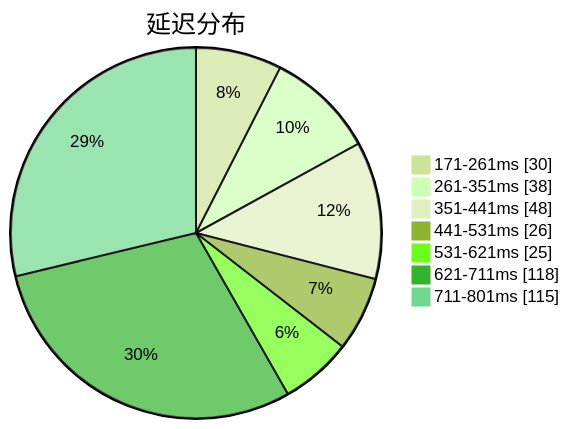
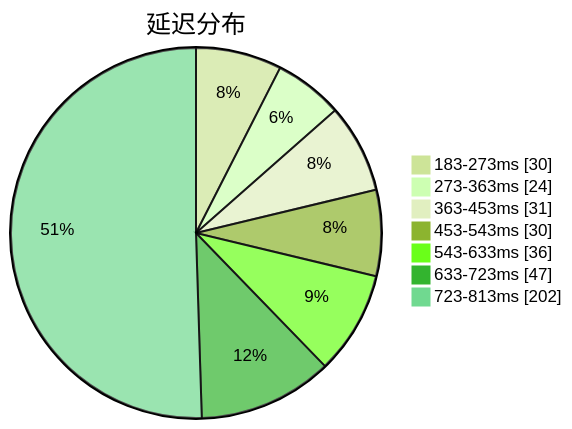
One commit to qjlxg/airport changed the first of 3 diagrams in subs/statistics/tested_within.md. Above: the diagram before and after it, drawn with Mermaid (forest theme). The commit also changed other lines of this file and 2 other files, not shown here.

Commit message:
Tested by metaST

````diff
--- a/subs/statistics/tested_within.md
+++ b/subs/statistics/tested_within.md
@@ -2,11 +2,11 @@
 ```mermaid
 pie showData
 title 延迟分布
-"171-261ms" : 30
-"261-351ms" : 38
-"351-441ms" : 48
-"441-531ms" : 26
-"531-621ms" : 25
-"621-711ms" : 118
-"711-801ms" : 115
+"183-273ms" : 30
+"273-363ms" : 24
+"363-453ms" : 31
+"453-543ms" : 30
+"543-633ms" : 36
+"633-723ms" : 47
+"723-813ms" : 202
 ```
````
